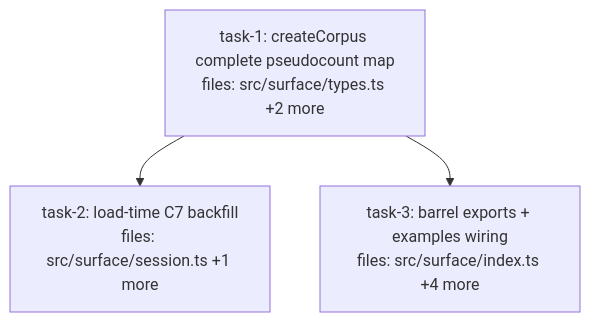
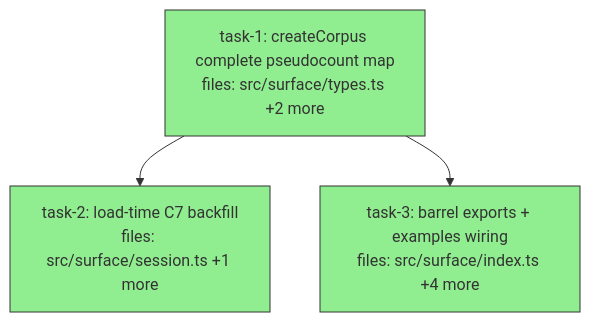
The diagram in docs/superpowers/plans/2026-06-07-c7-scalar-pseudocount-dag.md (BrettNye/Mneme), drawn with Mermaid before and after one commit. The commit also changed other lines of this file, not shown here.

Commit message:
docs(plan): C7 DAG executed - 3/3 done, final gate green (1,672 tests + tsc)

````diff
--- a/docs/superpowers/plans/2026-06-07-c7-scalar-pseudocount-dag.md
+++ b/docs/superpowers/plans/2026-06-07-c7-scalar-pseudocount-dag.md
@@ -6,14 +6,14 @@
 ```mermaid
 flowchart TD
-    task-1["task-1: createCorpus complete pseudocount map<br/>files: src/surface/types.ts +2 more"]
-    task-2["task-2: load-time C7 backfill<br/>files: src/surface/session.ts +1 more"]
-    task-3["task-3: barrel exports + examples wiring<br/>files: src/surface/index.ts +4 more"]
+    task-1["task-1: createCorpus complete pseudocount map<br/>files: src/surface/types.ts +2 more"]:::done
+    task-2["task-2: load-time C7 backfill<br/>files: src/surface/session.ts +1 more"]:::done
+    task-3["task-3: barrel exports + examples wiring<br/>files: src/surface/index.ts +4 more"]:::done
     task-1 --> task-2
     task-1 --> task-3
 
     classDef done fill:#90ee90,stroke:#333
     classDef ready fill:#fffacd,stroke:#333
     classDef running fill:#87ceeb,stroke:#333
     classDef failed fill:#ffb6c1,stroke:#333
     classDef skipped fill:#d3d3d3,stroke:#333,stroke-dasharray: 5 5
 ```
````
